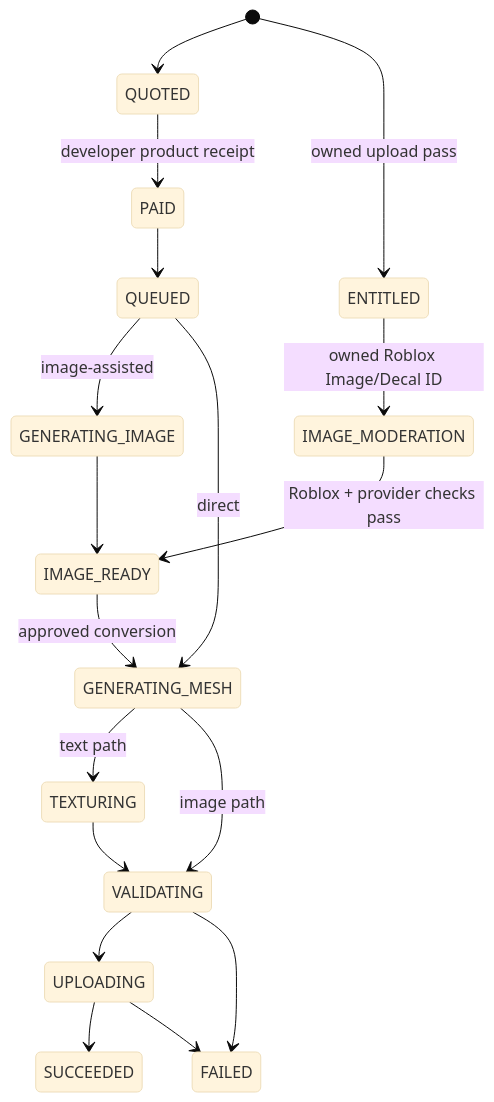
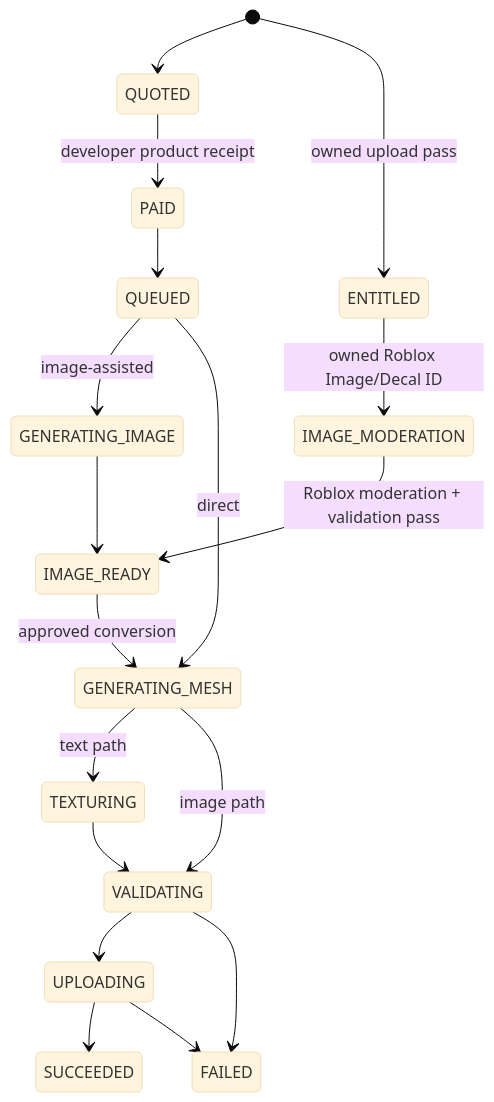
One commit to tinkertoys3dee-wq/MeshyAIRoblox changed the second of 2 diagrams in docs/ARCHITECTURE.md. Above: the diagram before and after it, drawn with Mermaid (base theme). The commit also changed other lines of this file and 14 other files, not shown here.

````diff
--- a/docs/ARCHITECTURE.md
+++ b/docs/ARCHITECTURE.md
@@ -24,20 +24,20 @@
 ```mermaid
 stateDiagram-v2
     [*] --> QUOTED
     [*] --> ENTITLED: owned upload pass
     ENTITLED --> IMAGE_MODERATION: owned Roblox Image/Decal ID
-    IMAGE_MODERATION --> IMAGE_READY: Roblox + provider checks pass
+    IMAGE_MODERATION --> IMAGE_READY: Roblox moderation + validation pass
     QUOTED --> PAID: developer product receipt
     PAID --> QUEUED
     QUEUED --> GENERATING_IMAGE: image-assisted
     QUEUED --> GENERATING_MESH: direct
     GENERATING_IMAGE --> IMAGE_READY
     IMAGE_READY --> GENERATING_MESH: approved conversion
     GENERATING_MESH --> TEXTURING: text path
     GENERATING_MESH --> VALIDATING: image path
     TEXTURING --> VALIDATING
     VALIDATING --> UPLOADING
     UPLOADING --> SUCCEEDED
     VALIDATING --> FAILED
     UPLOADING --> FAILED
 ```
````
